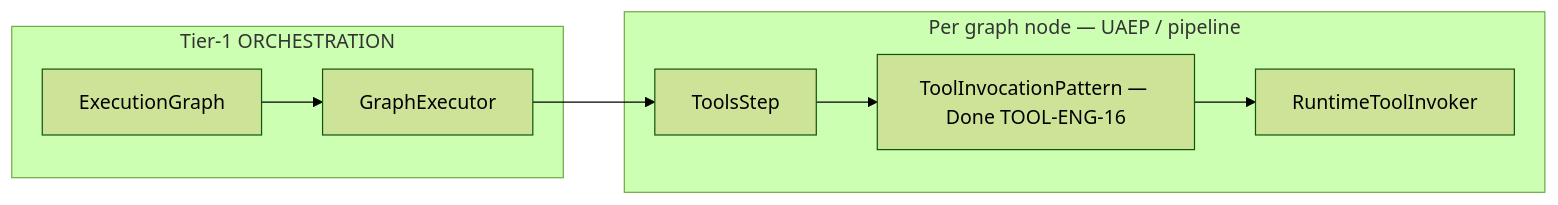
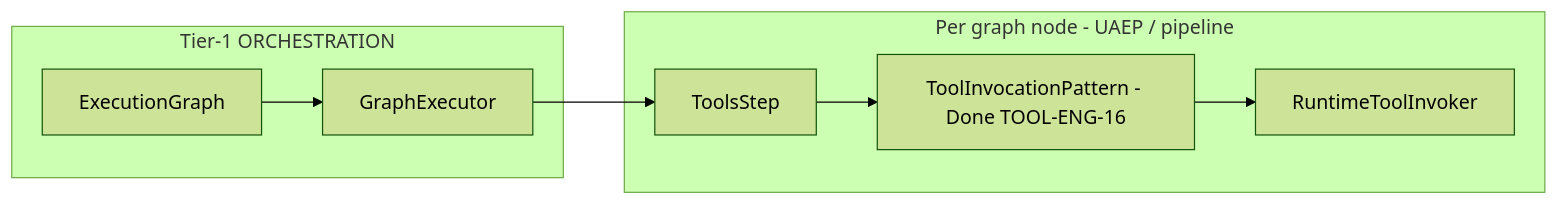
Before and after one commit to jakbuczarnecki/intergrax: the seventh of 9 diagrams in docs/project/architecture/satellites/NEXUS_EXECUTION_FLOW_extended_depth.md, drawn with Mermaid (forest theme). The commit also changed other lines of this file and 863 other files, not shown here.

````diff
--- a/docs/project/architecture/satellites/NEXUS_EXECUTION_FLOW_extended_depth.md
+++ b/docs/project/architecture/satellites/NEXUS_EXECUTION_FLOW_extended_depth.md
@@ -428,16 +428,16 @@
 ```mermaid
 flowchart LR
     subgraph Graph["Tier-1 ORCHESTRATION"]
         EG[ExecutionGraph]
         GE[GraphExecutor]
     end
 
-    subgraph Node["Per graph node — UAEP / pipeline"]
+    subgraph Node["Per graph node - UAEP / pipeline"]
         TS[ToolsStep]
-        TIP[ToolInvocationPattern — Done TOOL-ENG-16]
+        TIP[ToolInvocationPattern - Done TOOL-ENG-16]
         RTI[RuntimeToolInvoker]
     end
 
     EG --> GE --> TS
     TS --> TIP --> RTI
 ```
````
